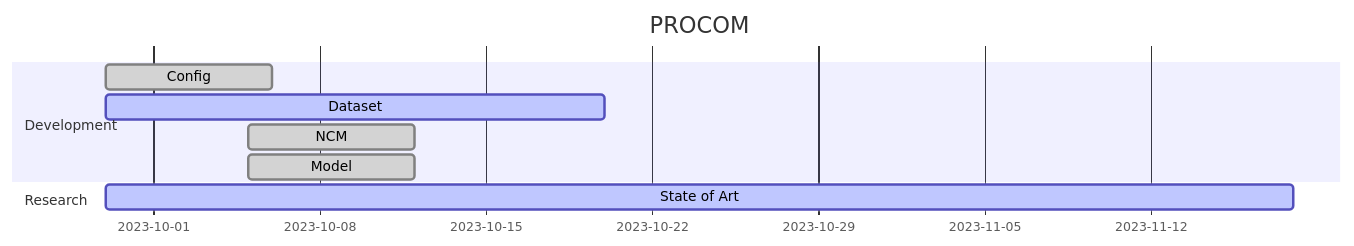
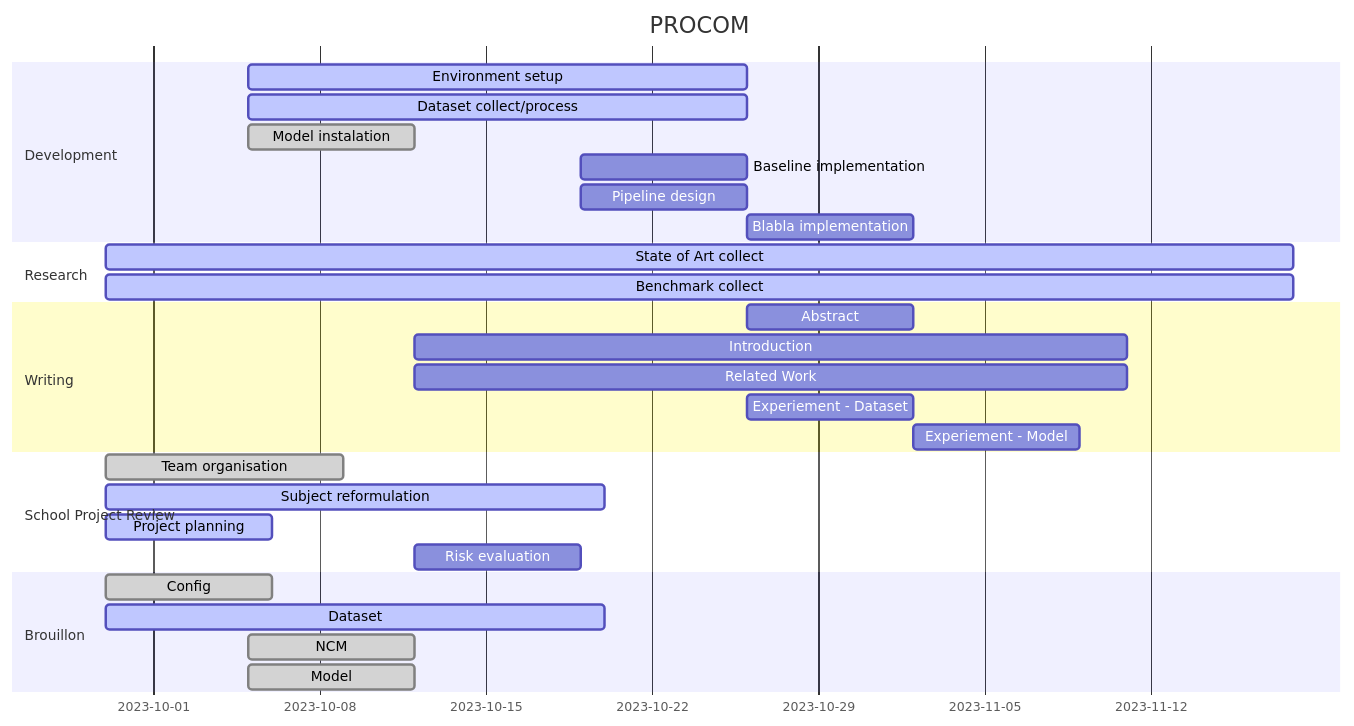
The first of 2 diagrams in README.md (lin-frederic/ProCom), drawn with Mermaid before and after one commit.

Commit message:
Feature : rewrite the gantt

````diff
--- a/README.md
+++ b/README.md
@@ -7,17 +7,40 @@
 ```mermaid
 gantt
 
 dateFormat  YYYY-MM-DD
 title PROCOM
 
 section Development
-Config                    :done,    des1, 2023-09-29, 7d
-Dataset                   :active,  des2, 2023-09-29, 21d
-NCM                       :done,    des3, 2023-10-05, 7d
-Model                     :done,    des4, 2023-10-05, 7d
+Environment setup         :active,  des1, 2023-10-05, 21d
+Dataset collect/process   :active,  des2, 2023-10-05, 21d
+Model instalation         :done,    des3, 2023-10-05, 7d
+Baseline implementation   :  des14, 2023-10-19, 7d
+Pipeline design     :  des15, 2023-10-19, 7d
+Blabla implementation :  des16, 2023-10-26, 7d
+
+section Research
+State of Art collect      :active,  des4, 2023-09-29, 50d
+Benchmark collect         :active,  des5, 2023-09-29, 50d
 
 
-section Research
-State of Art              :active,  des5, 2023-09-29, 50d
+section Writing 
+Abstract : des17, 2023-10-26, 7d
+Introduction : des18, 2023-10-12, 30d
+Related Work : des19, 2023-10-12, 30d
+Experiement - Dataset : des20, 2023-10-26, 7d
+Experiement - Model : des21, 2023-11-02, 7d
+
+
+section School Project Review
+Team organisation        : done, des6, 2023-09-29, 10d        
+Subject reformulation    : active, des11, 2023-09-29, 21d
+Project planning         : active, des12, 2023-09-29, 7d
+Risk evaluation          :        des13, 2023-10-12, 7d
+
+section Brouillon 
+Config                    :done,    des7, 2023-09-29, 7d
+Dataset                   :active,  des8, 2023-09-29, 21d
+NCM                       :done,    des9, 2023-10-05, 7d
+Model                     :done,    des10, 2023-10-05, 7d
 
 ```
````
